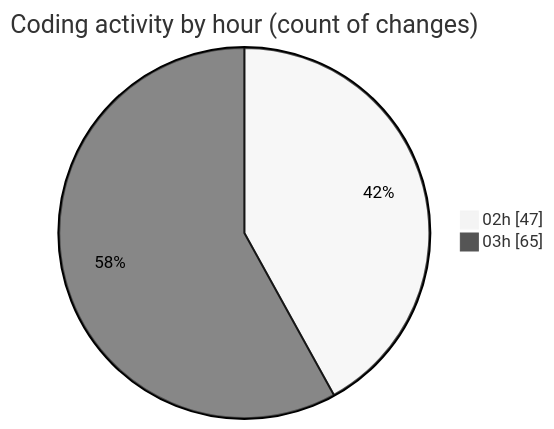
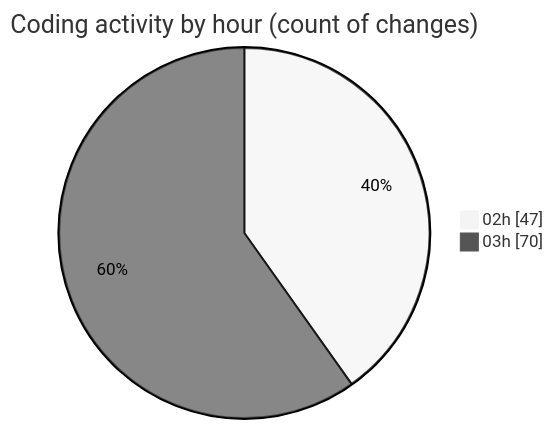
Before and after one commit to ernivani/code-tracking: the second of 2 diagrams in 2025-01-02/3drust/README.md, drawn with Mermaid (neutral theme). The commit also changed other lines of this file and 2 other files, not shown here.

````diff
--- a/2025-01-02/3drust/README.md
+++ b/2025-01-02/3drust/README.md
@@ -38,6 +38,6 @@
 ```mermaid
 pie showData
 title Coding activity by hour (count of changes)
 "02h" : 47
-"03h" : 65
+"03h" : 70
 ```
````
